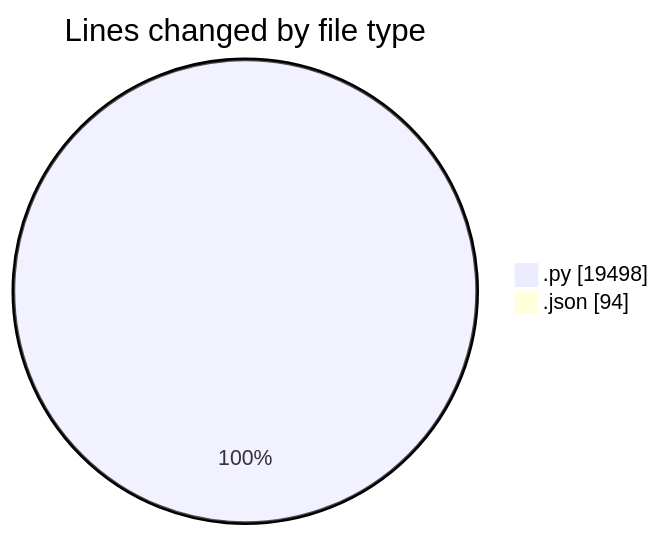
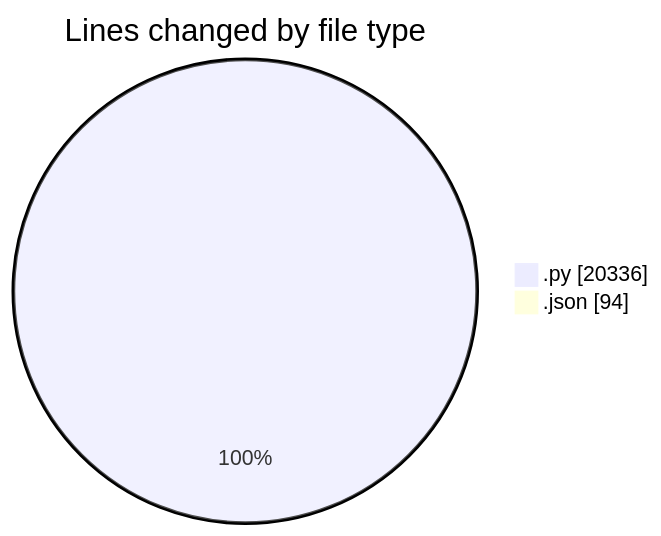
One commit to jrari/code-tracking changed the first of 2 diagrams in 2025-07-14/telebot/README.md. Above: the diagram before and after it, drawn with Mermaid. The commit also changed other lines of this file and 1 other file, not shown here.

````diff
--- a/2025-07-14/telebot/README.md
+++ b/2025-07-14/telebot/README.md
@@ -44,6 +45,6 @@
 ```mermaid
 pie showData
 title Lines changed by file type
-".py" : 19498
+".py" : 20336
 ".json" : 94
 ```
````
